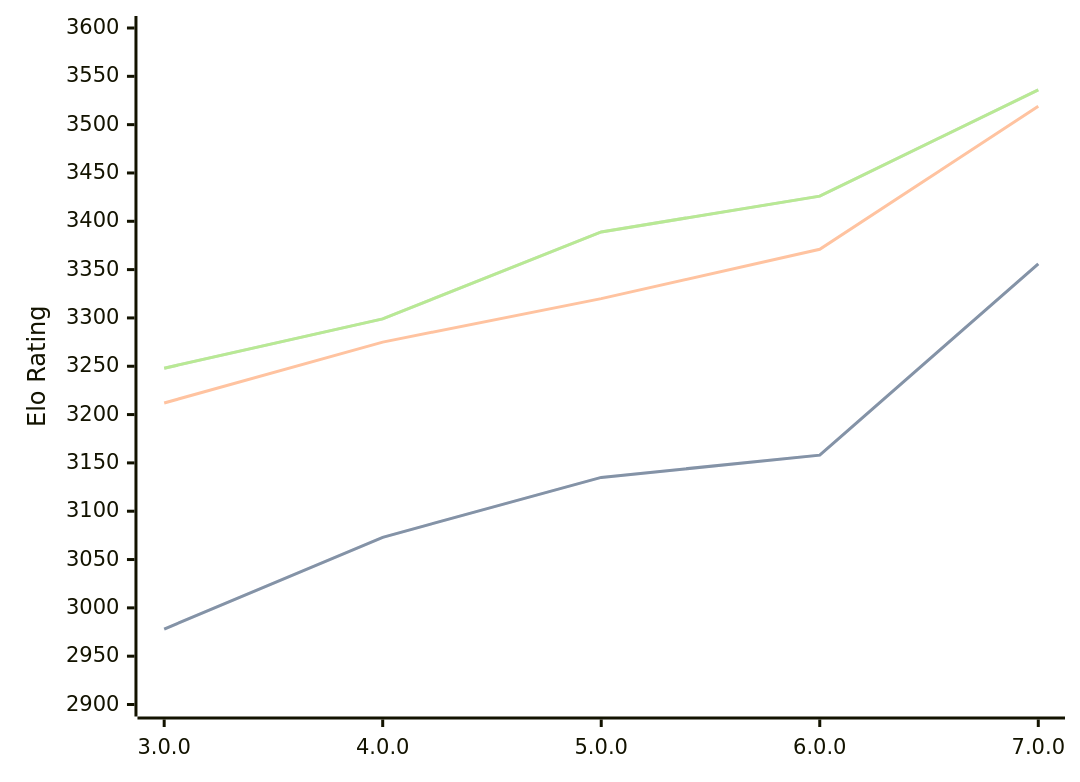
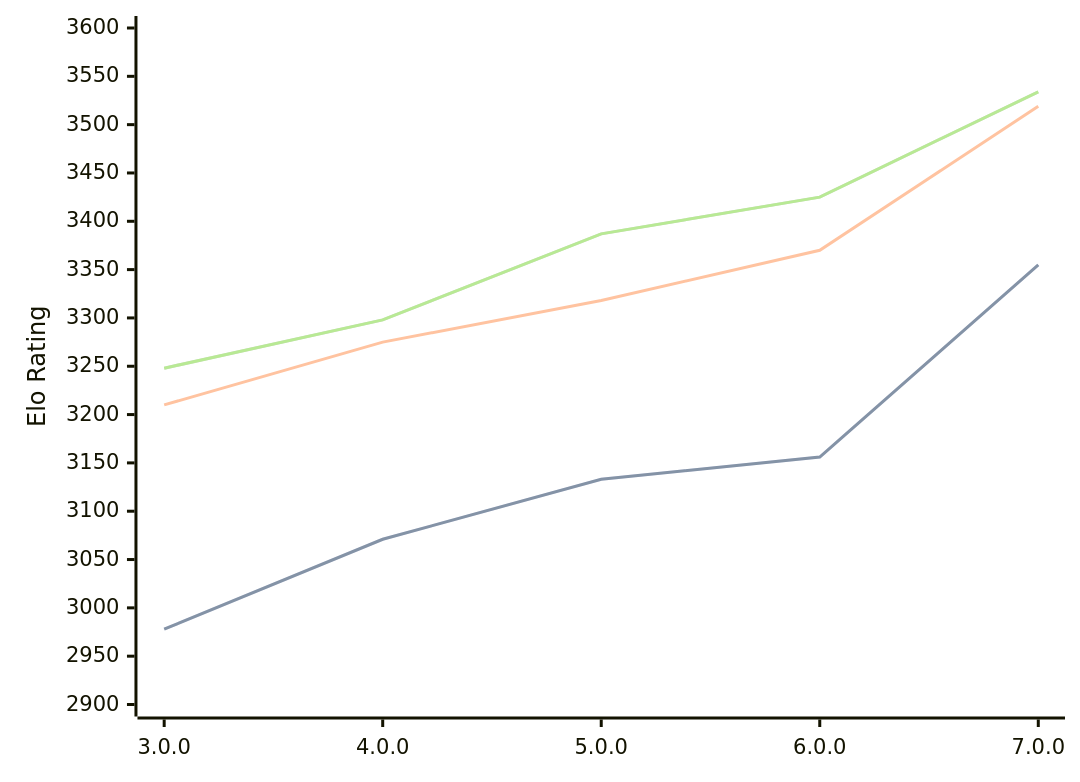
The diagram in engines/Minke.md (computer-chess-index/cci), drawn with Mermaid before and after one commit. The commit also changed other lines of this file, not shown here.

Commit message:
Update CCI Ratings (ELO VLTC) - 2026-09-01

````diff
--- a/engines/Minke.md
+++ b/engines/Minke.md
@@ -35,11 +35,11 @@
 ```mermaid
 %%{init: {"theme":"base","themeVariables":{"seriesColors:['#a3a3a3','#222221','#faa371']}}}%%
 xychart-beta
   x-axis ["3.0.0", "4.0.0", "5.0.0", "6.0.0", "7.0.0"]
   y-axis "Elo Rating" 2900 --> 3600
-  line "" [2978, 3073, 3135, 3158, 3356]
-  line "STC (8.0+0.08s)" [2978, 3073, 3135, 3158, 3356]
-  line "LTC (60.0+0.60s)" [3212, 3275, 3320, 3371, 3519]
-  line "" [3248, 3299, 3389, 3426, 3536]
-  line "VLTC (2m24s+1.12s)" [3248, 3299, 3389, 3426, 3536]
+  line "" [2978, 3071, 3133, 3156, 3355]
+  line "STC (8.0+0.08s)" [2978, 3071, 3133, 3156, 3355]
+  line "LTC (60.0+0.60s)" [3210, 3275, 3318, 3370, 3519]
+  line "" [3248, 3298, 3387, 3425, 3534]
+  line "VLTC (2m24s+1.12s)" [3248, 3298, 3387, 3425, 3534]
 ```
````
